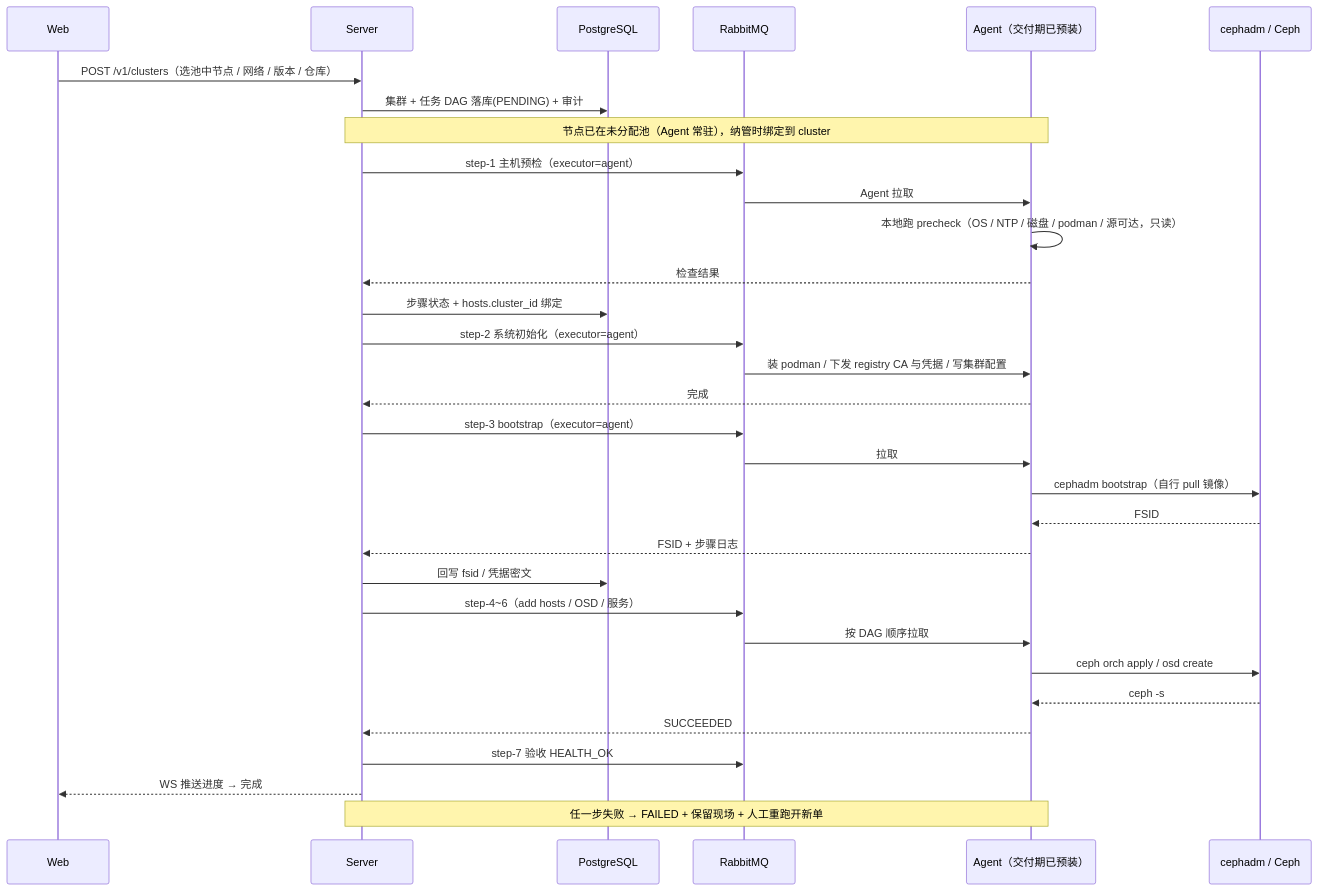
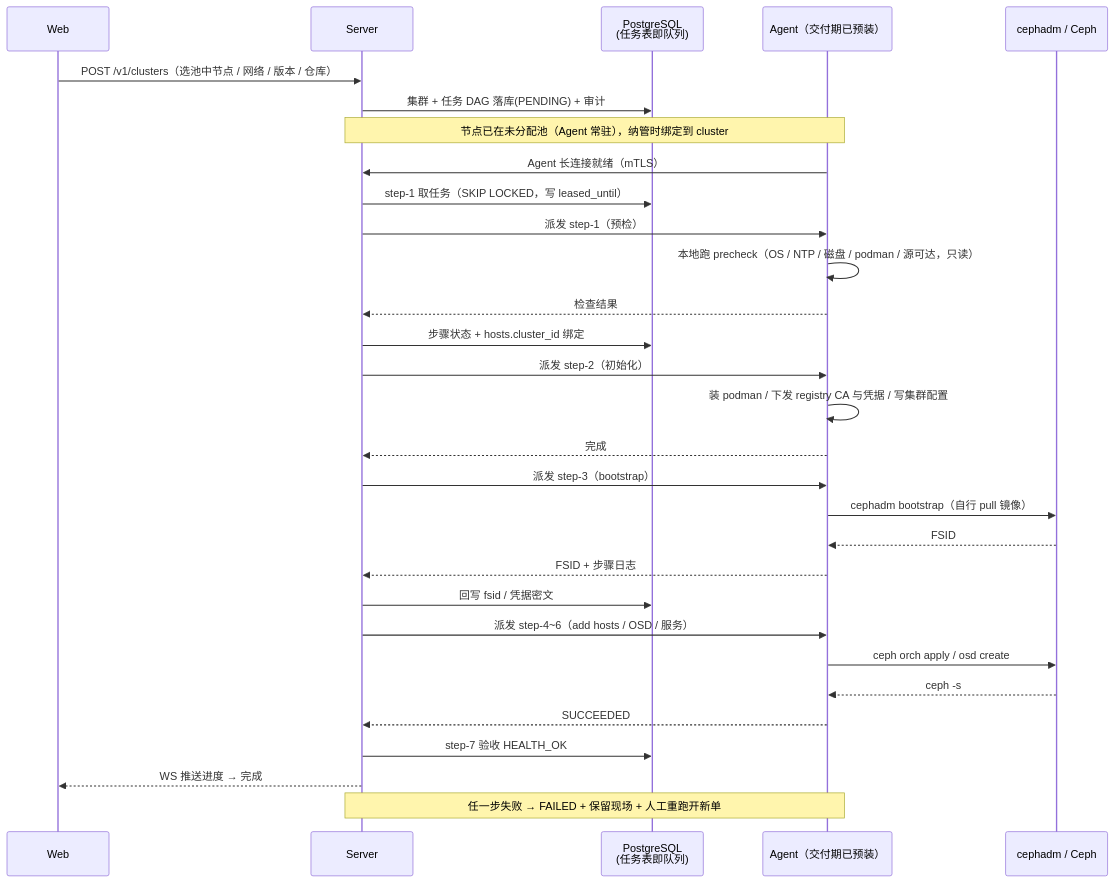
Before and after one commit to lnsyyj/winter: the second of 10 diagrams in docs/02-研发线/04-架构师/架构设计-Ceph管理平台.md, drawn with Mermaid. The commit also changed other lines of this file and 17 other files, not shown here.

First line of the commit message:
docs(arch): 取消 RabbitMQ，改用 PG 任务表 + SKIP LOCKED（ADR-36）

````diff
--- a/docs/02-研发线/04-架构师/架构设计-Ceph管理平台.md
+++ b/docs/02-研发线/04-架构师/架构设计-Ceph管理平台.md
@@ -171,35 +167,33 @@
 ```mermaid
 sequenceDiagram
     participant W as Web
     participant S as Server
-    participant DB as PostgreSQL
-    participant Q as RabbitMQ
+    participant DB as PostgreSQL<br/>(任务表即队列)
     participant A as Agent（交付期已预装）
     participant C as cephadm / Ceph
 
     W->>S: POST /v1/clusters（选池中节点 / 网络 / 版本 / 仓库）
     S->>DB: 集群 + 任务 DAG 落库(PENDING) + 审计
     Note over S,A: 节点已在未分配池（Agent 常驻），纳管时绑定到 cluster
-    S->>Q: step-1 主机预检（executor=agent）
-    Q->>A: Agent 拉取
+    A->>S: Agent 长连接就绪（mTLS）
+    S->>DB: step-1 取任务（SKIP LOCKED，写 leased_until）
+    S->>A: 派发 step-1（预检）
     A->>A: 本地跑 precheck（OS / NTP / 磁盘 / podman / 源可达，只读）
     A-->>S: 检查结果
     S->>DB: 步骤状态 + hosts.cluster_id 绑定
-    S->>Q: step-2 系统初始化（executor=agent）
-    Q->>A: 装 podman / 下发 registry CA 与凭据 / 写集群配置
+    S->>A: 派发 step-2（初始化）
+    A->>A: 装 podman / 下发 registry CA 与凭据 / 写集群配置
     A-->>S: 完成
-    S->>Q: step-3 bootstrap（executor=agent）
-    Q->>A: 拉取
+    S->>A: 派发 step-3（bootstrap）
     A->>C: cephadm bootstrap（自行 pull 镜像）
     C-->>A: FSID
     A-->>S: FSID + 步骤日志
     S->>DB: 回写 fsid / 凭据密文
-    S->>Q: step-4~6（add hosts / OSD / 服务）
-    Q->>A: 按 DAG 顺序拉取
+    S->>A: 派发 step-4~6（add hosts / OSD / 服务）
     A->>C: ceph orch apply / osd create
     C-->>A: ceph -s
     A-->>S: SUCCEEDED
-    S->>Q: step-7 验收 HEALTH_OK
+    S->>DB: step-7 验收 HEALTH_OK
     S-->>W: WS 推送进度 → 完成
     Note over S,A: 任一步失败 → FAILED + 保留现场 + 人工重跑开新单
 ```
````
